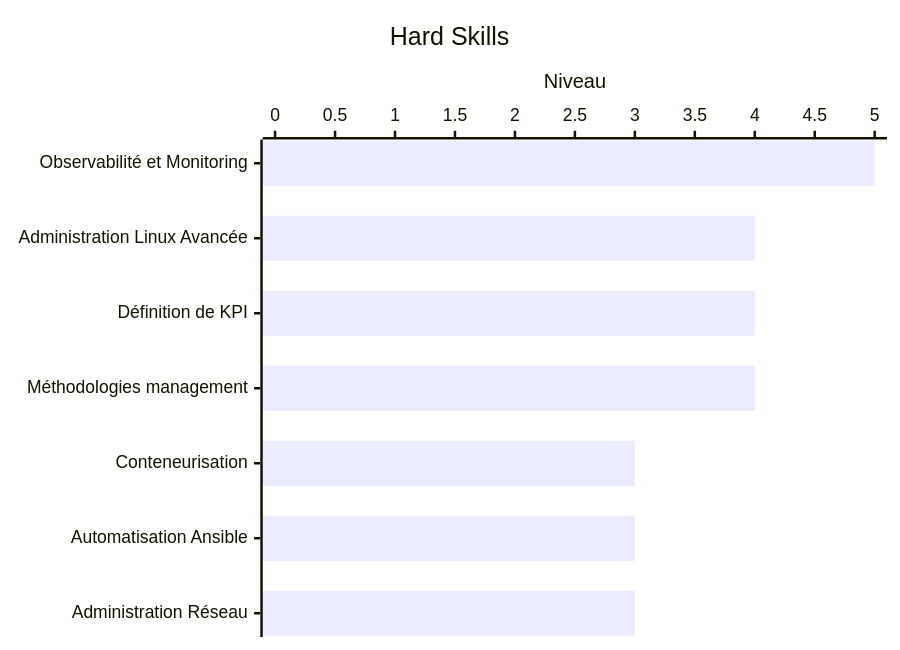
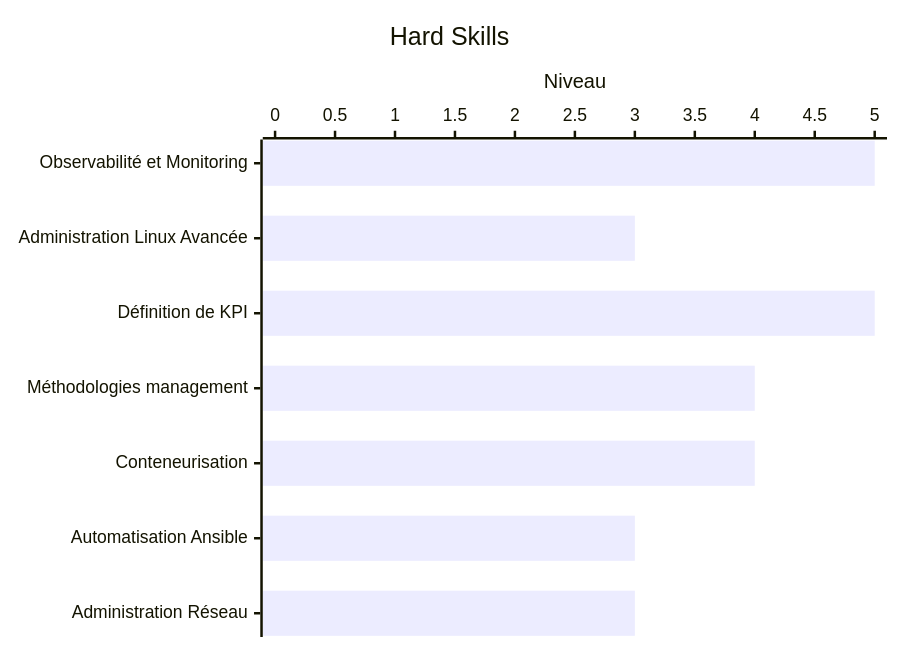
Before and after one commit to damienbnch45-cmd/damien-banach: the first of 2 diagrams in README.md, drawn with Mermaid. The commit also changed other lines of this file, not shown here.

Commit message:
Modify chart data and add interests section
Updated bar values in the xychart-beta section and reintroduced the Centres d'intérêt section.

````diff
--- a/README.md
+++ b/README.md
@@ -80,7 +80,7 @@
 ```mermaid
 xychart-beta horizontal
     title "Hard Skills"
     x-axis ["Observabilité et Monitoring", "Administration Linux Avancée", "Définition de KPI", "Méthodologies management", "Conteneurisation", "Automatisation Ansible", "Administration Réseau"]
     y-axis "Niveau" 0 --> 5
-    bar [5, 4, 4, 4, 3, 3, 3]
+    bar [5, 3,5, 4, 4, 3, 3, 3]
 ```
````
